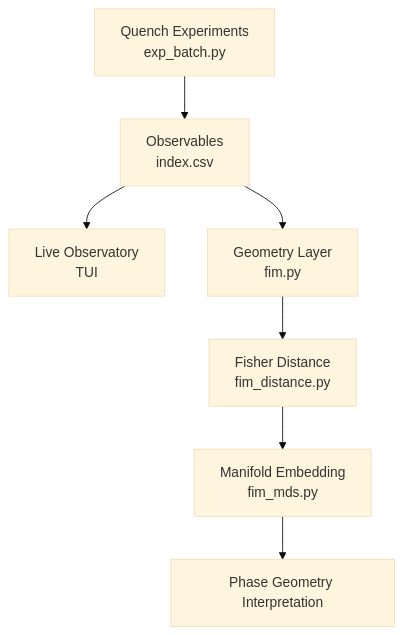
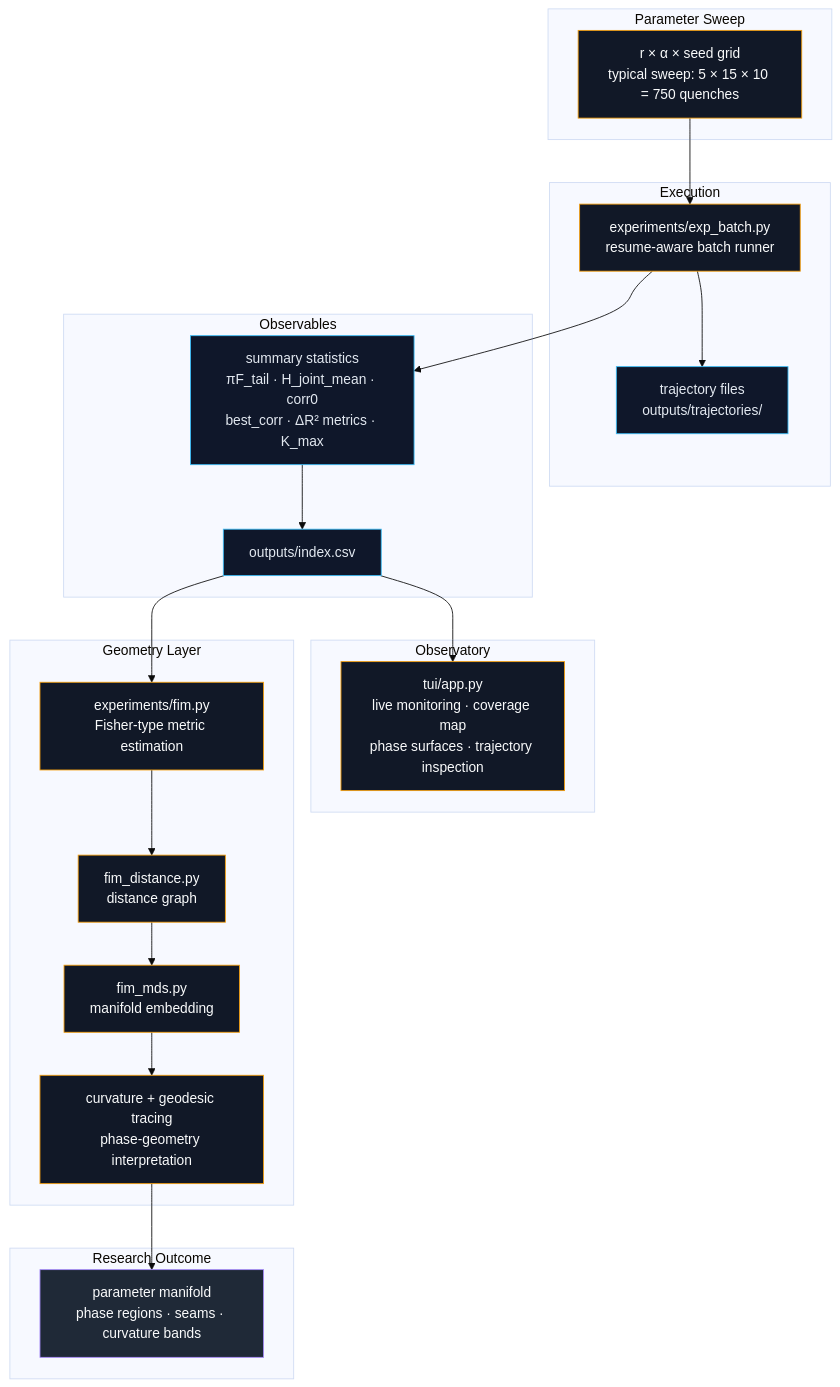
The diagram in README.md (NoShx0w/pam-research), drawn with Mermaid (base theme) before and after one commit. The commit also changed other lines of this file, not shown here.

````diff
--- a/README.md
+++ b/README.md
@@ -3,18 +12,50 @@
 ```mermaid
 flowchart TD
+    classDef stage fill:#111827,stroke:#f59e0b,color:#f9fafb,stroke-width:1px;
+    classDef data fill:#0f172a,stroke:#38bdf8,color:#e2e8f0,stroke-width:1px;
+    classDef insight fill:#1f2937,stroke:#a78bfa,color:#f9fafb,stroke-width:1px;
 
-A[Quench Experiments<br>exp_batch.py]
-B[Observables<br>index.csv]
-C[Live Observatory<br>TUI]
-D[Geometry Layer<br>fim.py]
-E[Fisher Distance<br>fim_distance.py]
-F[Manifold Embedding<br>fim_mds.py]
-G[Phase Geometry Interpretation]
+    subgraph S1[Parameter Sweep]
+        A[r × α × seed grid<br/>typical sweep: 5 × 15 × 10 = 750 quenches]
+    end
 
-A --> B
-B --> C
-B --> D
-D --> E
-E --> F
-F --> G
+    subgraph S2[Execution]
+        B[experiments/exp_batch.py<br/>resume-aware batch runner]
+        C[trajectory files<br/>outputs/trajectories/]
+    end
+
+    subgraph S3[Observables]
+        D[summary statistics<br/>πF_tail · H_joint_mean · corr0<br/>best_corr · ΔR² metrics · K_max]
+        E[outputs/index.csv]
+    end
+
+    subgraph S4[Observatory]
+        F[tui/app.py<br/>live monitoring · coverage map<br/>phase surfaces · trajectory inspection]
+    end
+
+    subgraph S5[Geometry Layer]
+        G[experiments/fim.py<br/>Fisher-type metric estimation]
+        H[fim_distance.py<br/>distance graph]
+        I[fim_mds.py<br/>manifold embedding]
+        J[curvature + geodesic tracing<br/>phase-geometry interpretation]
+    end
+
+    subgraph S6[Research Outcome]
+        K[parameter manifold<br/>phase regions · seams · curvature bands]
+    end
+
+    A --> B
+    B --> C
+    B --> D
+    D --> E
+    E --> F
+    E --> G
+    G --> H
+    H --> I
+    I --> J
+    J --> K
+
+    class A,B,F,G,H,I,J stage
+    class C,D,E data
+    class K insight
 ```
````
